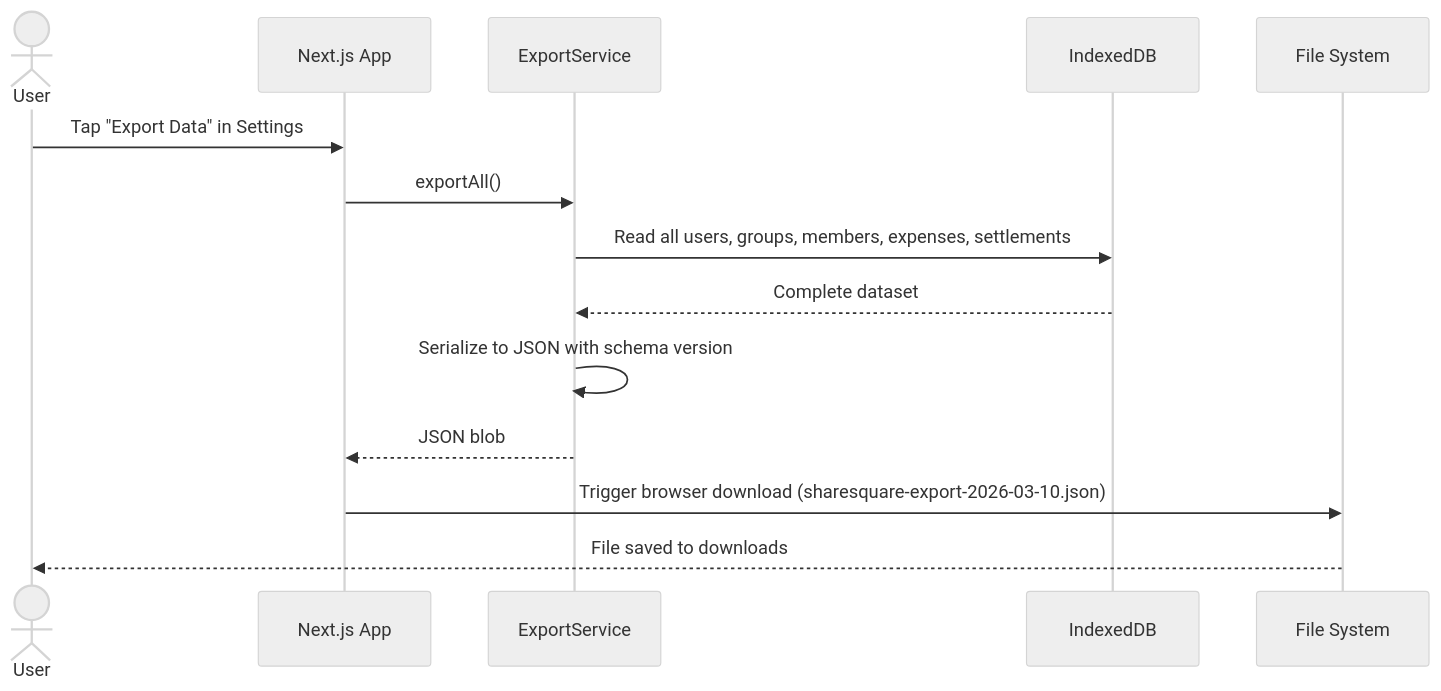
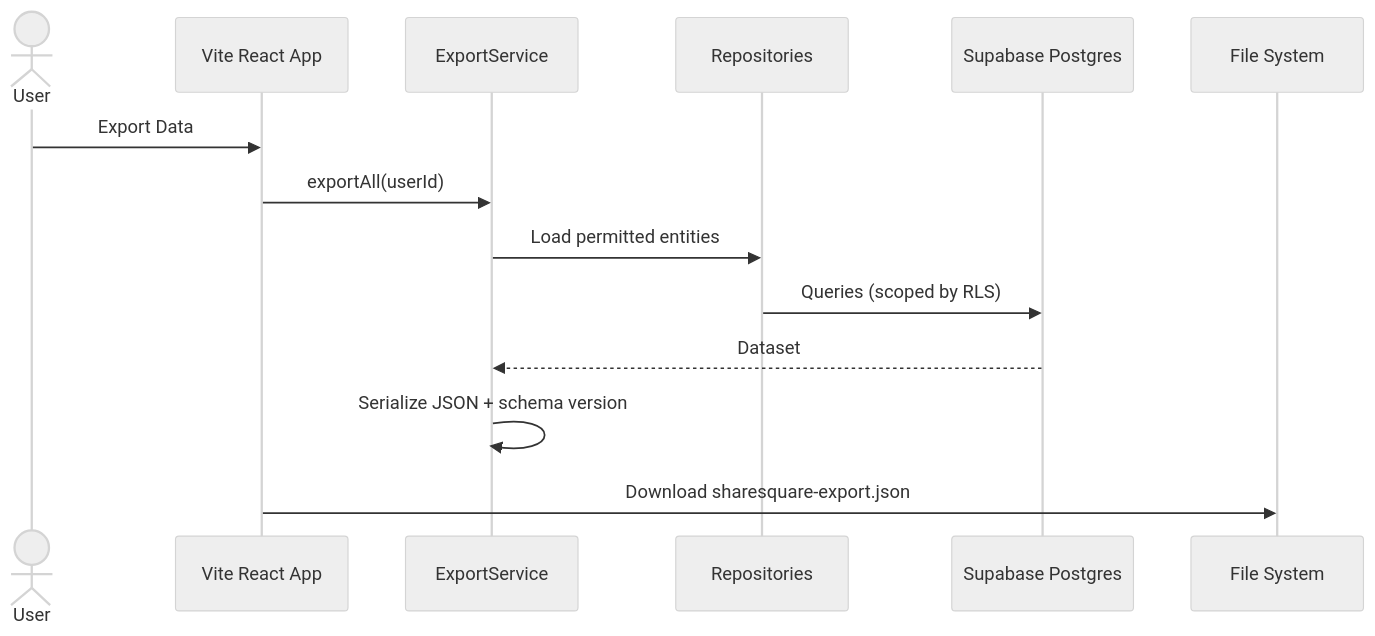
Before and after one commit to pushpoth/sharesquare: the eighth of 9 diagrams in agentdocs/design.md, drawn with Mermaid (neutral theme). The commit also changed other lines of this file and 44 other files, not shown here.

First line of the commit message:
feat: migrate from Next.js to Vite SPA (TASK-001)

````diff
--- a/agentdocs/design.md
+++ b/agentdocs/design.md
@@ -168,17 +184,17 @@
 ```mermaid
 sequenceDiagram
-    actor User
-    participant App as Next.js App
-    participant ExpSvc as ExportService
-    participant IDB as IndexedDB
-    participant FS as File System
+  actor User
+  participant App as Vite React App
+  participant ExpSvc as ExportService
+  participant Repo as Repositories
+  participant SBDB as Supabase Postgres
+  participant FS as File System
 
-    User->>App: Tap "Export Data" in Settings
-    App->>ExpSvc: exportAll()
-    ExpSvc->>IDB: Read all users, groups, members, expenses, settlements
-    IDB-->>ExpSvc: Complete dataset
-    ExpSvc->>ExpSvc: Serialize to JSON with schema version
-    ExpSvc-->>App: JSON blob
-    App->>FS: Trigger browser download (sharesquare-export-2026-03-10.json)
-    FS-->>User: File saved to downloads
+  User->>App: Export Data
+  App->>ExpSvc: exportAll(userId)
+  ExpSvc->>Repo: Load permitted entities
+  Repo->>SBDB: Queries (scoped by RLS)
+  SBDB-->>ExpSvc: Dataset
+  ExpSvc->>ExpSvc: Serialize JSON + schema version
+  App->>FS: Download sharesquare-export.json
 ```
````
